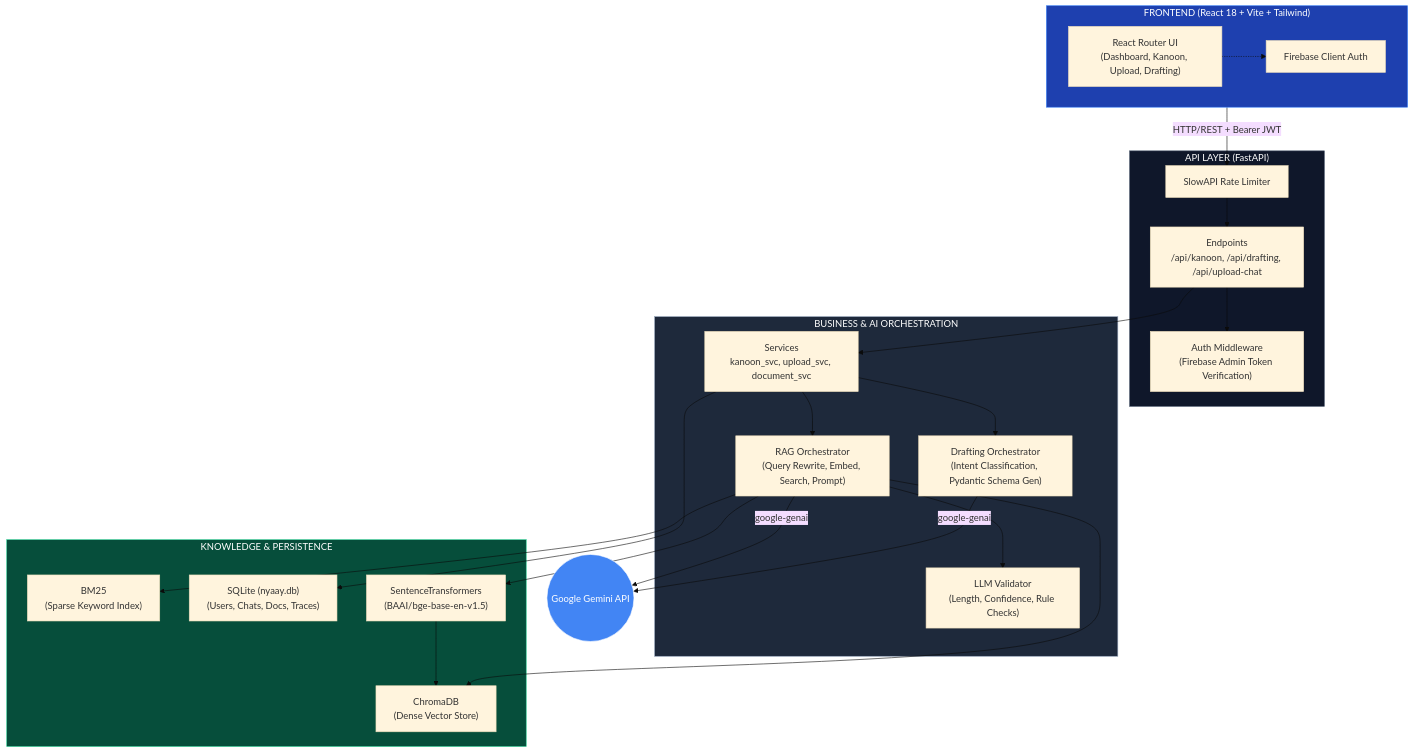
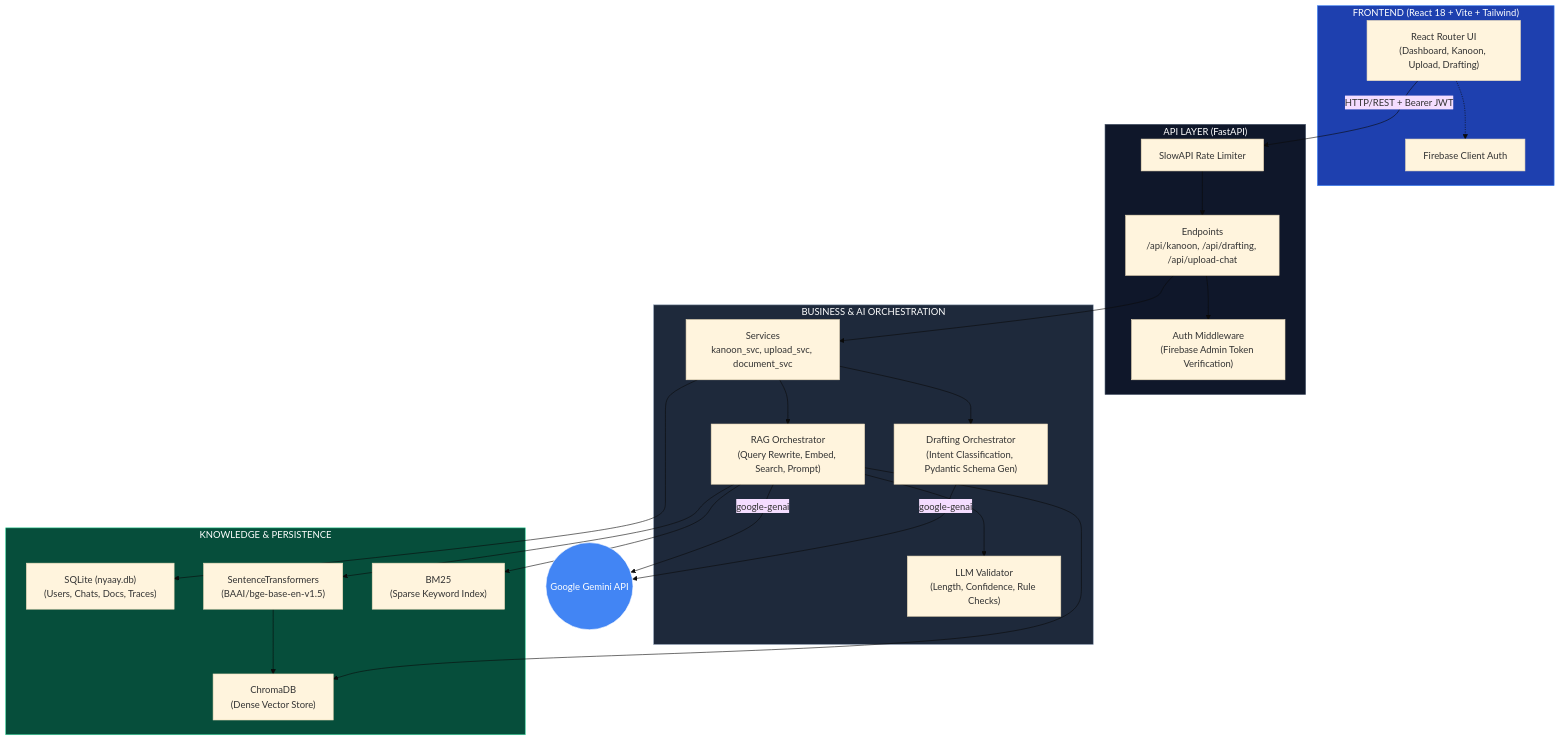
The first of 2 diagrams in README.md (AnshDarji/OOSC_4.0-AI_SLAYERS), drawn with Mermaid (base theme) before and after one commit.

Commit message:
Improve architecture mermaid diagram layout

````diff
--- a/README.md
+++ b/README.md
@@ -36,57 +36,58 @@
 ```mermaid
 flowchart TD
     %% Frontend
     subgraph Frontend ["FRONTEND (React 18 + Vite + Tailwind)"]
         UI["React Router UI<br/>(Dashboard, Kanoon, Upload, Drafting)"]
         FAuth["Firebase Client Auth"]
         UI -.-> FAuth
     end
 
     %% API Layer
     subgraph APILayer ["API LAYER (FastAPI)"]
+        RateLimit["SlowAPI Rate Limiter"]
         Routes["Endpoints<br/>/api/kanoon, /api/drafting, /api/upload-chat"]
         Middleware["Auth Middleware<br/>(Firebase Admin Token Verification)"]
-        RateLimit["SlowAPI Rate Limiter"]
+        RateLimit --> Routes
         Routes --> Middleware
     end
 
     %% Services & Orchestration
     subgraph Orchestration ["BUSINESS & AI ORCHESTRATION"]
         Services["Services<br/>kanoon_svc, upload_svc, document_svc"]
         RAGOrch["RAG Orchestrator<br/>(Query Rewrite, Embed, Search, Prompt)"]
         DraftOrch["Drafting Orchestrator<br/>(Intent Classification, Pydantic Schema Gen)"]
         Validator["LLM Validator<br/>(Length, Confidence, Rule Checks)"]
+        Services --> RAGOrch
+        Services --> DraftOrch
+        RAGOrch --> Validator
     end
 
     %% Retrieval & Data
     subgraph DataLayer ["KNOWLEDGE & PERSISTENCE"]
+        SQLite["SQLite (nyaay.db)<br/>(Users, Chats, Docs, Traces)"]
+        Embedder["SentenceTransformers<br/>(BAAI/bge-base-en-v1.5)"]
         Chroma["ChromaDB<br/>(Dense Vector Store)"]
         BM25["BM25<br/>(Sparse Keyword Index)"]
-        SQLite["SQLite (nyaay.db)<br/>(Users, Chats, Docs, Traces)"]
-        Embedder["SentenceTransformers<br/>(BAAI/bge-base-en-v1.5)"]
+        Embedder --> Chroma
     end
 
-    Frontend -- "HTTP/REST + Bearer JWT" --> RateLimit
-    RateLimit --> Routes
+    Gemini((Google Gemini API))
+
+    %% Cross-subgraph connections
+    UI -- "HTTP/REST + Bearer JWT" --> RateLimit
     Routes --> Services
-    Services --> RAGOrch
-    Services --> DraftOrch
     
-    RAGOrch --> Validator
     RAGOrch --> Embedder
-    Embedder --> Chroma
     RAGOrch --> Chroma
     RAGOrch --> BM25
-    
     Services --> SQLite
     
-    %% Gemini API
-    RAGOrch -- "google-genai" --> Gemini((Google Gemini API))
+    RAGOrch -- "google-genai" --> Gemini
     DraftOrch -- "google-genai" --> Gemini
 
     style Frontend fill:#1e40af,color:#fff,stroke:#3b82f6
     style APILayer fill:#0f172a,color:#fff,stroke:#475569
     style Orchestration fill:#1e293b,color:#fff,stroke:#94a3b8
     style DataLayer fill:#064e3b,color:#fff,stroke:#34d399
     style Gemini fill:#4285F4,color:#fff,stroke:#fff
 ```
````
